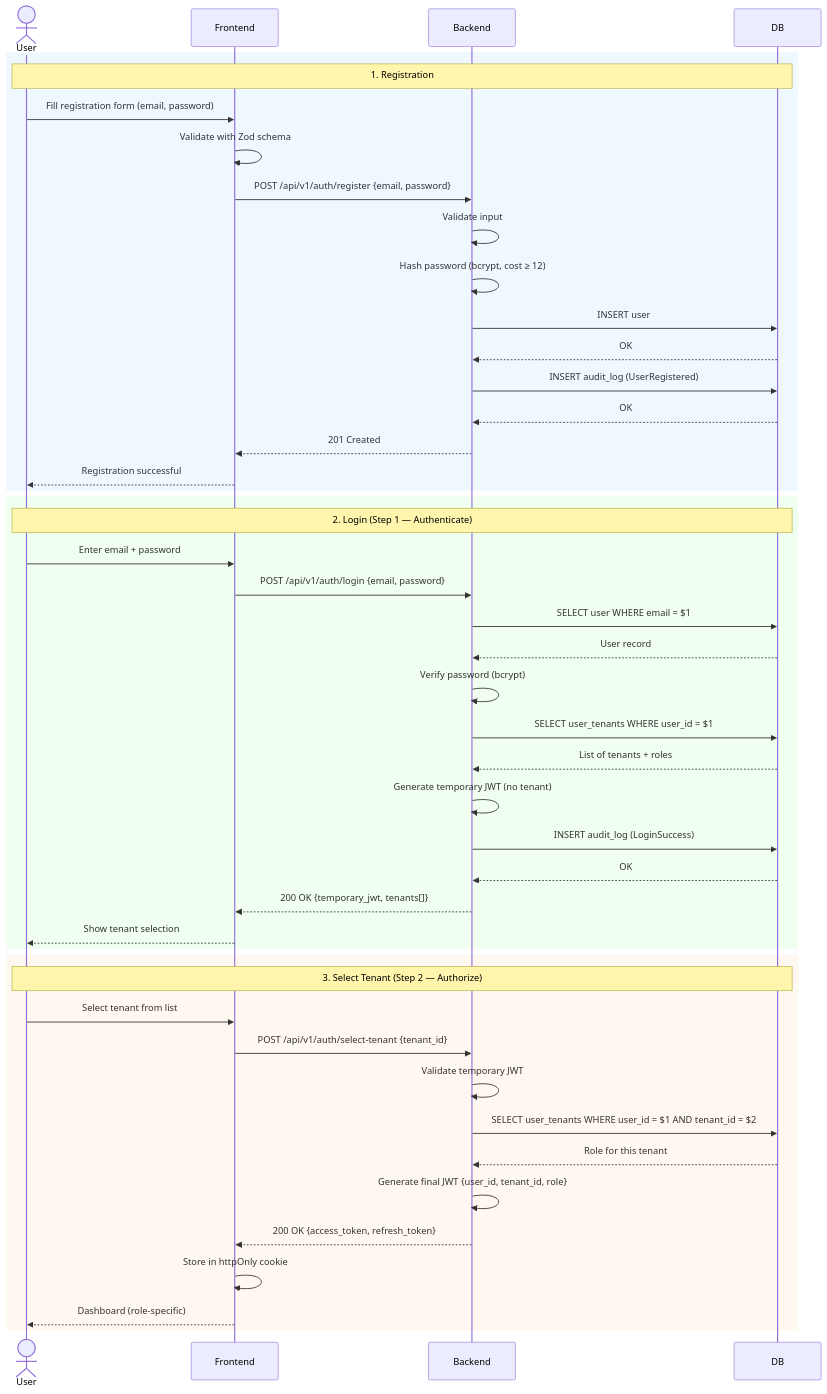
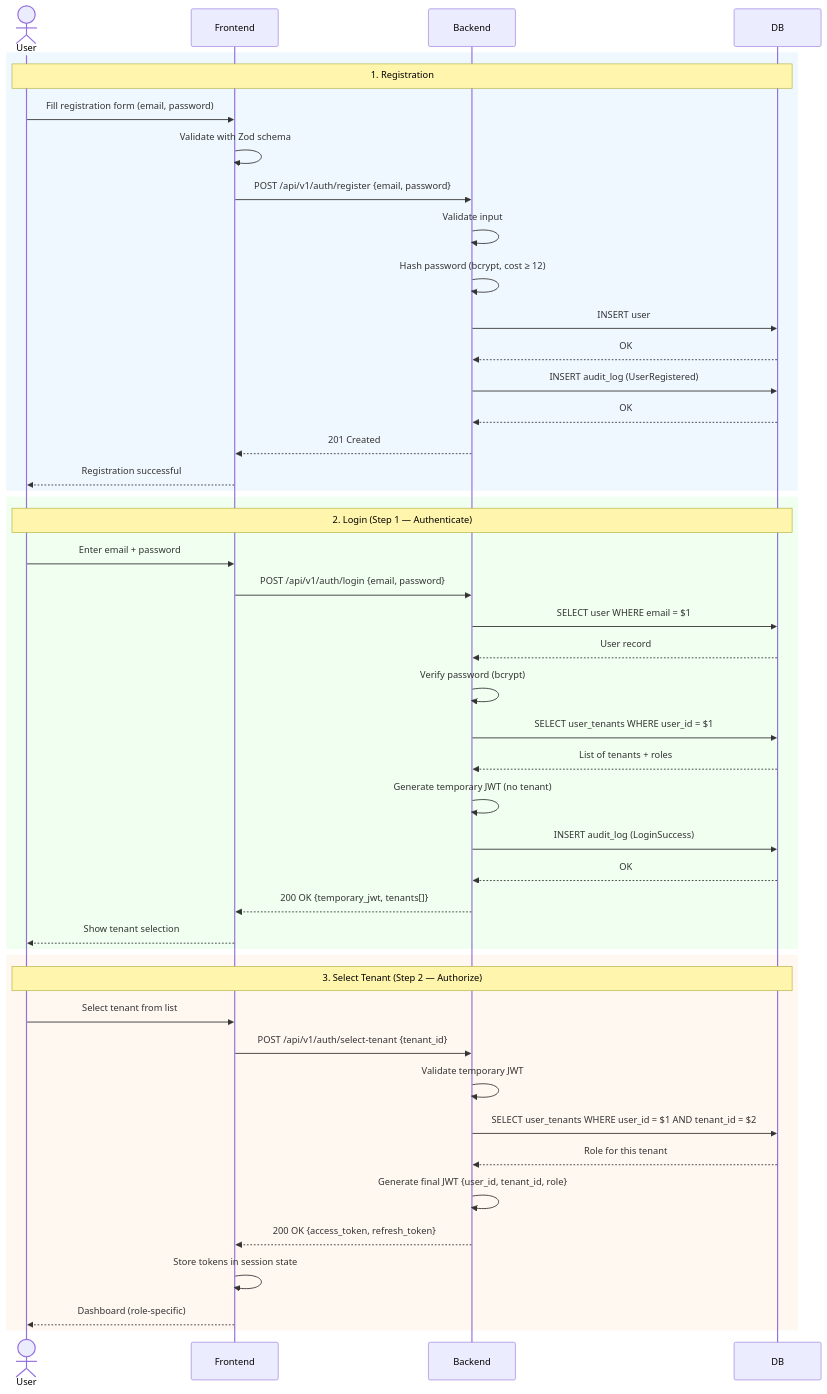
Before and after one commit to Acauhi99/med-vault: the first of 4 diagrams in docs/diagrams/authentication-flow.md, drawn with Mermaid. The commit also changed other lines of this file and 4 other files, not shown here.

````diff
--- a/docs/diagrams/authentication-flow.md
+++ b/docs/diagrams/authentication-flow.md
@@ -5,51 +5,51 @@
 ```mermaid
 sequenceDiagram
     actor User
     participant Frontend
     participant Backend
     participant DB
 
     rect rgb(240, 248, 255)
         Note over User, DB: 1. Registration
         User->>Frontend: Fill registration form (email, password)
         Frontend->>Frontend: Validate with Zod schema
         Frontend->>Backend: POST /api/v1/auth/register {email, password}
         Backend->>Backend: Validate input
         Backend->>Backend: Hash password (bcrypt, cost ≥ 12)
         Backend->>DB: INSERT user
         DB-->>Backend: OK
         Backend->>DB: INSERT audit_log (UserRegistered)
         DB-->>Backend: OK
         Backend-->>Frontend: 201 Created
         Frontend-->>User: Registration successful
     end
 
     rect rgb(240, 255, 240)
         Note over User, DB: 2. Login (Step 1 — Authenticate)
         User->>Frontend: Enter email + password
         Frontend->>Backend: POST /api/v1/auth/login {email, password}
         Backend->>DB: SELECT user WHERE email = $1
         DB-->>Backend: User record
         Backend->>Backend: Verify password (bcrypt)
         Backend->>DB: SELECT user_tenants WHERE user_id = $1
         DB-->>Backend: List of tenants + roles
         Backend->>Backend: Generate temporary JWT (no tenant)
         Backend->>DB: INSERT audit_log (LoginSuccess)
         DB-->>Backend: OK
         Backend-->>Frontend: 200 OK {temporary_jwt, tenants[]}
         Frontend-->>User: Show tenant selection
     end
 
     rect rgb(255, 248, 240)
         Note over User, DB: 3. Select Tenant (Step 2 — Authorize)
         User->>Frontend: Select tenant from list
         Frontend->>Backend: POST /api/v1/auth/select-tenant {tenant_id}
         Backend->>Backend: Validate temporary JWT
         Backend->>DB: SELECT user_tenants WHERE user_id = $1 AND tenant_id = $2
         DB-->>Backend: Role for this tenant
         Backend->>Backend: Generate final JWT {user_id, tenant_id, role}
         Backend-->>Frontend: 200 OK {access_token, refresh_token}
-        Frontend->>Frontend: Store in httpOnly cookie
+        Frontend->>Frontend: Store tokens in session state
         Frontend-->>User: Dashboard (role-specific)
     end
 ```
````
